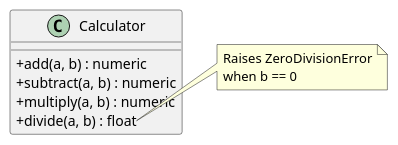
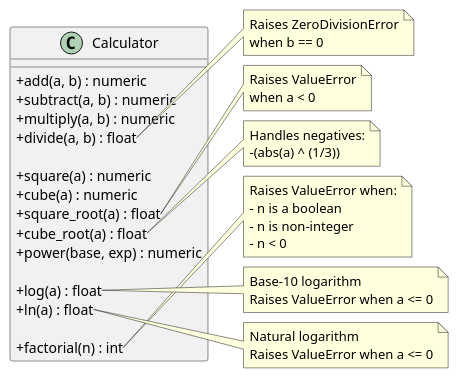
The diagram in artifacts/class_diagram_calculator.puml (DanielRiha8906/Calculator_bachelor_autoevolution_team), drawn with PlantUML before and after one commit. The commit also changed 3 other files, not shown here.

Commit message:
chore: update PlantUML diagrams

```diff
--- a/artifacts/class_diagram_calculator.puml
+++ b/artifacts/class_diagram_calculator.puml
@@ -1,17 +1,59 @@
 @startuml class_diagram_calculator
 
 skinparam classAttributeIconSize 0
 
 class Calculator {
+    ' Basic Arithmetic
     + add(a, b) : numeric
     + subtract(a, b) : numeric
     + multiply(a, b) : numeric
     + divide(a, b) : float
+
+    ' Power & Root
+    + square(a) : numeric
+    + cube(a) : numeric
+    + square_root(a) : float
+    + cube_root(a) : float
+    + power(base, exp) : numeric
+
+    ' Logarithmic
+    + log(a) : float
+    + ln(a) : float
+
+    ' Combinatorial
+    + factorial(n) : int
 }
 
 note right of Calculator::divide
   Raises ZeroDivisionError
   when b == 0
 end note
 
+note right of Calculator::square_root
+  Raises ValueError
+  when a < 0
+end note
+
+note right of Calculator::cube_root
+  Handles negatives:
+  -(abs(a) ^ (1/3))
+end note
+
+note right of Calculator::factorial
+  Raises ValueError when:
+  - n is a boolean
+  - n is non-integer
+  - n < 0
+end note
+
+note right of Calculator::log
+  Base-10 logarithm
+  Raises ValueError when a <= 0
+end note
+
+note right of Calculator::ln
+  Natural logarithm
+  Raises ValueError when a <= 0
+end note
+
 @enduml
```
